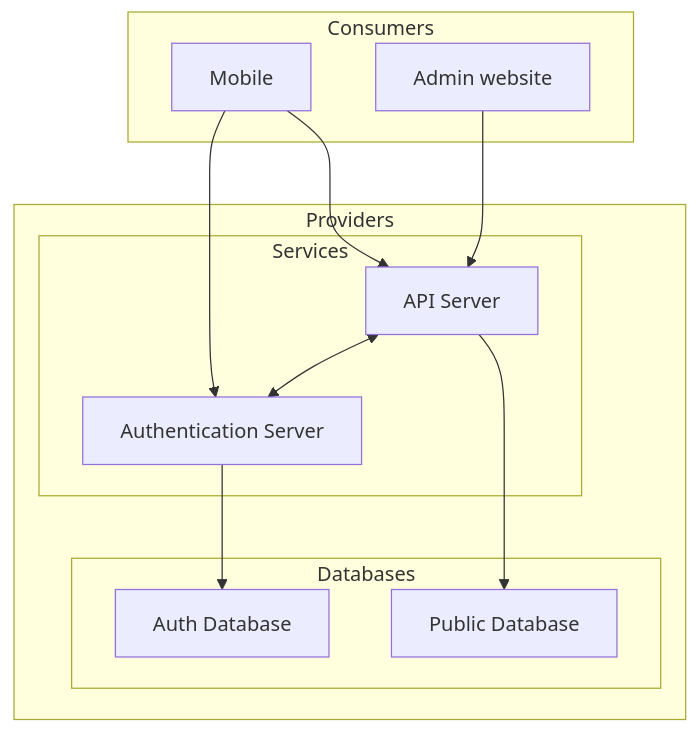
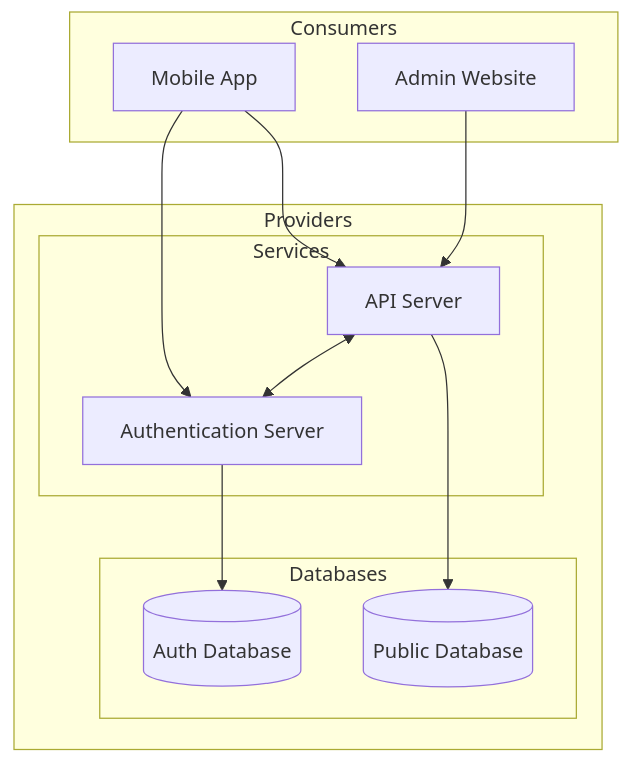
Before and after one commit to coinhub-uit/coinhub-uit.github.io: the diagram in docs/diagrams/architecture.md, drawn with Mermaid.

Commit message:
feat: change db shape in architecture

````diff
--- a/docs/diagrams/architecture.md
+++ b/docs/diagrams/architecture.md
@@ -7,25 +7,25 @@
 ```mermaid
 flowchart TD
   subgraph consumers["Consumers"]
-    mobile["Mobile"]
-    adminWebsite["Admin website"]
+    mobile["Mobile App"]@{ shape:circ }
+    admin["Admin Website"]@{ shape:circ }
   end
 
   subgraph providers["Providers"]
     subgraph services["Services"]
       apiServer["API Server"]
       authenticationServer["Authentication Server"]
     end
     subgraph databases["Databases"]
-      authDatabase["Auth Database"]
-      publicDatabase["Public Database"]
+      authDatabase["Auth Database"]@{ shape: db }
+      publicDatabase["Public Database"]@{ shape: db }
     end
   end
 
   mobile-->authenticationServer
   mobile-->apiServer
-  adminWebsite-->apiServer
+  admin-->apiServer
+  apiServer<-->authenticationServer
   apiServer-->publicDatabase
-  apiServer<-->authenticationServer
   authenticationServer-->authDatabase
 ```
````
